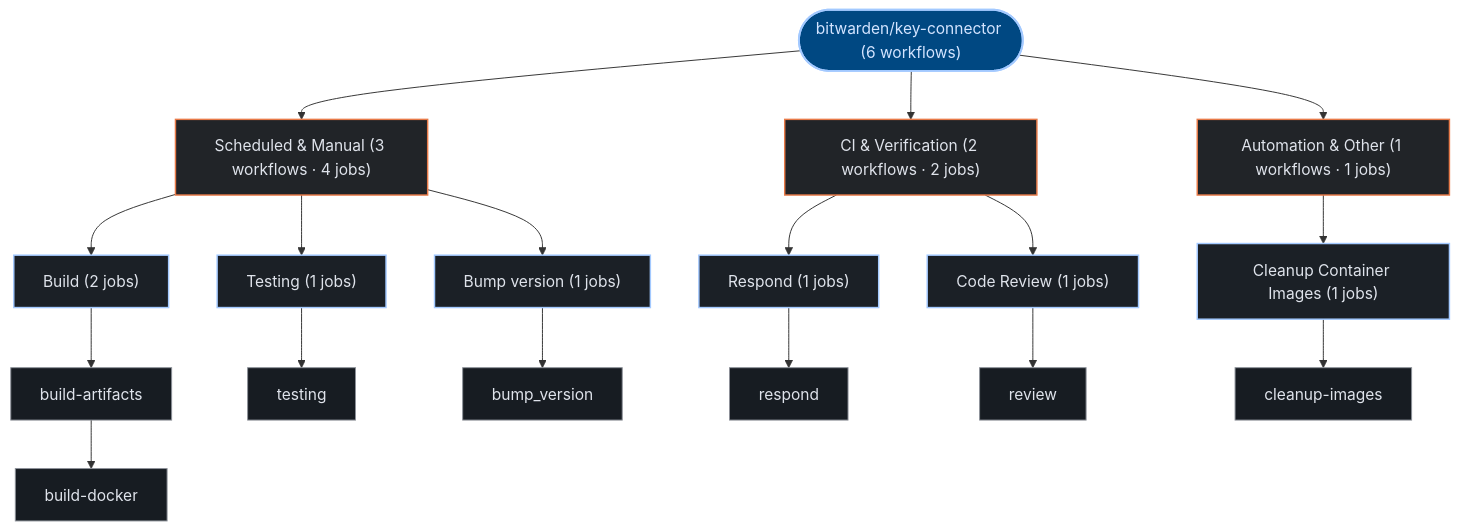
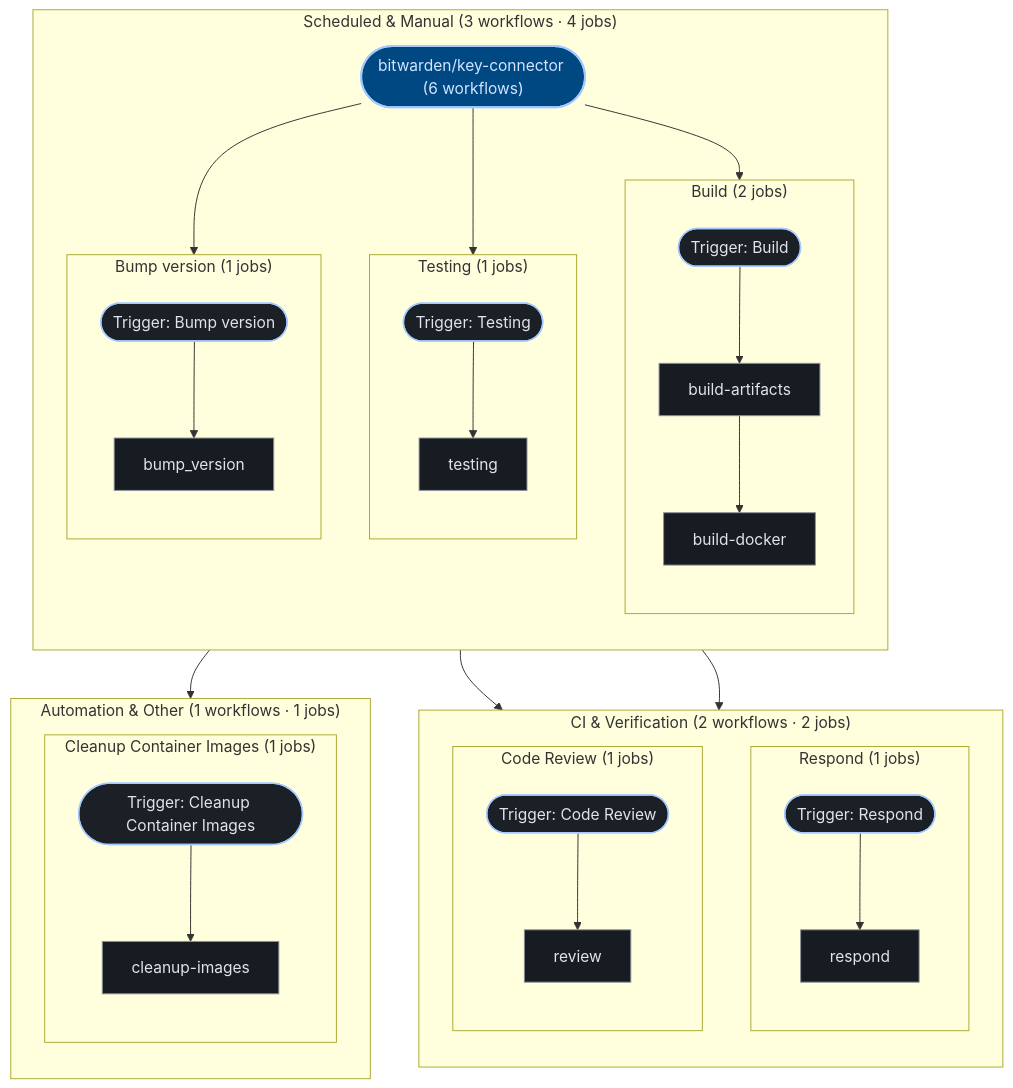
Before and after one commit to kumarshaz/atruss-code-atlas: the third of 3 diagrams in exports/latest/reports/bitwarden-key-connector-report.md, drawn with Mermaid. The commit also changed 181 other files, not shown here.

````diff
--- a/exports/latest/reports/bitwarden-key-connector-report.md
+++ b/exports/latest/reports/bitwarden-key-connector-report.md
@@ -227,43 +227,64 @@
 ```mermaid
 graph TD;
   classDef atlasRoot fill:#004882,stroke:#a3c9ff,stroke-width:2px,color:#d3e4ff
   classDef atlasCategory fill:#212428,stroke:#E87A48,stroke-width:1.5px,color:#dfe3eb
   classDef atlasWorkflow fill:#1b2026,stroke:#a3c9ff,stroke-width:1.5px,color:#dfe3eb
   classDef atlasJob fill:#171c22,stroke:#8d9199,stroke-width:1px,color:#dfe3eb
   classDef atlasTarget fill:#005227,stroke:#8bd99b,stroke-width:1.5px,color:#a7f6b6
   classDef atlasAlert fill:#93000a,stroke:#ffb4ab,stroke-width:1.5px,color:#ffdad6
   classDef atlasMore fill:#252a31,stroke:#8d9199,stroke-dasharray:4 4,color:#c3c6cf
   pipeline_root(["bitwarden/key-connector (6 workflows)"]):::atlasRoot
-  grp_0_Scheduled___Manual["Scheduled & Manual (3 workflows · 4 jobs)"]:::atlasCategory
-  pipeline_root --> grp_0_Scheduled___Manual
-  wf_0_Build["Build (2 jobs)"]:::atlasWorkflow
-  grp_0_Scheduled___Manual --> wf_0_Build
-  job_0_build_artifacts["build-artifacts"]:::atlasJob
-  job_0_build_docker["build-docker"]:::atlasJob
-  wf_0_Build --> job_0_build_artifacts
-  job_0_build_artifacts --> job_0_build_docker
-  wf_4_Testing["Testing (1 jobs)"]:::atlasWorkflow
-  grp_0_Scheduled___Manual --> wf_4_Testing
-  job_4_testing["testing"]:::atlasJob
-  wf_4_Testing --> job_4_testing
-  wf_5_Bump_version["Bump version (1 jobs)"]:::atlasWorkflow
-  grp_0_Scheduled___Manual --> wf_5_Bump_version
-  job_5_bump_version["bump_version"]:::atlasJob
-  wf_5_Bump_version --> job_5_bump_version
-  grp_1_CI___Verification["CI & Verification (2 workflows · 2 jobs)"]:::atlasCategory
-  pipeline_root --> grp_1_CI___Verification
-  wf_2_Respond["Respond (1 jobs)"]:::atlasWorkflow
-  grp_1_CI___Verification --> wf_2_Respond
-  job_2_respond["respond"]:::atlasJob
-  wf_2_Respond --> job_2_respond
-  wf_3_Code_Review["Code Review (1 jobs)"]:::atlasWorkflow
-  grp_1_CI___Verification --> wf_3_Code_Review
-  job_3_review["review"]:::atlasJob
-  wf_3_Code_Review --> job_3_review
-  grp_2_Automation___Other["Automation & Other (1 workflows · 1 jobs)"]:::atlasCategory
-  pipeline_root --> grp_2_Automation___Other
-  wf_1_Cleanup_Container_Images["Cleanup Container Images (1 jobs)"]:::atlasWorkflow
-  grp_2_Automation___Other --> wf_1_Cleanup_Container_Images
-  job_1_cleanup_images["cleanup-images"]:::atlasJob
-  wf_1_Cleanup_Container_Images --> job_1_cleanup_images
+  subgraph sg_grp_0_Scheduled___Manual["Scheduled & Manual (3 workflows · 4 jobs)"]
+    direction TB
+    subgraph sg_wf_0_Build["Build (2 jobs)"]
+      direction TB
+      wf_0_Build(["Trigger: Build"]):::atlasWorkflow
+      job_0_build_artifacts["build-artifacts"]:::atlasJob
+      job_0_build_docker["build-docker"]:::atlasJob
+      wf_0_Build --> job_0_build_artifacts
+      job_0_build_artifacts --> job_0_build_docker
+    end
+    pipeline_root --> wf_0_Build
+    subgraph sg_wf_4_Testing["Testing (1 jobs)"]
+      direction TB
+      wf_4_Testing(["Trigger: Testing"]):::atlasWorkflow
+      job_4_testing["testing"]:::atlasJob
+      wf_4_Testing --> job_4_testing
+    end
+    pipeline_root --> wf_4_Testing
+    subgraph sg_wf_5_Bump_version["Bump version (1 jobs)"]
+      direction TB
+      wf_5_Bump_version(["Trigger: Bump version"]):::atlasWorkflow
+      job_5_bump_version["bump_version"]:::atlasJob
+      wf_5_Bump_version --> job_5_bump_version
+    end
+    pipeline_root --> wf_5_Bump_version
+  end
+  subgraph sg_grp_1_CI___Verification["CI & Verification (2 workflows · 2 jobs)"]
+    direction TB
+    subgraph sg_wf_2_Respond["Respond (1 jobs)"]
+      direction TB
+      wf_2_Respond(["Trigger: Respond"]):::atlasWorkflow
+      job_2_respond["respond"]:::atlasJob
+      wf_2_Respond --> job_2_respond
+    end
+    pipeline_root --> wf_2_Respond
+    subgraph sg_wf_3_Code_Review["Code Review (1 jobs)"]
+      direction TB
+      wf_3_Code_Review(["Trigger: Code Review"]):::atlasWorkflow
+      job_3_review["review"]:::atlasJob
+      wf_3_Code_Review --> job_3_review
+    end
+    pipeline_root --> wf_3_Code_Review
+  end
+  subgraph sg_grp_2_Automation___Other["Automation & Other (1 workflows · 1 jobs)"]
+    direction TB
+    subgraph sg_wf_1_Cleanup_Container_Images["Cleanup Container Images (1 jobs)"]
+      direction TB
+      wf_1_Cleanup_Container_Images(["Trigger: Cleanup Container Images"]):::atlasWorkflow
+      job_1_cleanup_images["cleanup-images"]:::atlasJob
+      wf_1_Cleanup_Container_Images --> job_1_cleanup_images
+    end
+    pipeline_root --> wf_1_Cleanup_Container_Images
+  end
 ```
````
